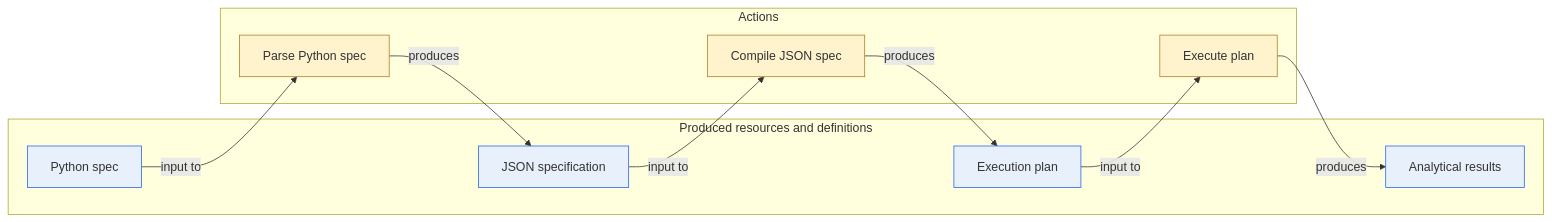
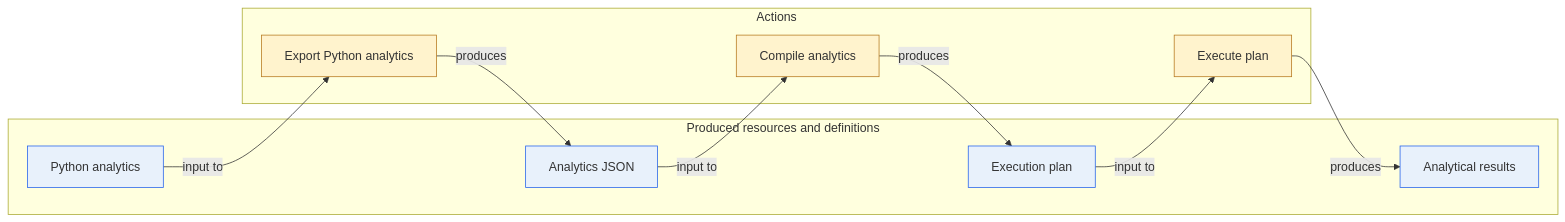
One commit to uptimely-ai/uptimely-core changed the diagram in docs/overview/architecture.md. Above: the diagram before and after it, drawn with Mermaid. The commit also changed other lines of this file and 106 other files, not shown here.

Commit message:
Rename specification to analytics

````diff
--- a/docs/overview/architecture.md
+++ b/docs/overview/architecture.md
@@ -9,28 +9,28 @@
 ```mermaid
 flowchart LR
     subgraph resources["Produced resources and definitions"]
-        python_spec["Python spec"]
-        json_spec["JSON specification"]
+        python_analytics["Python analytics"]
+        json_analytics["Analytics JSON"]
         plan["Execution plan"]
         result["Analytical results"]
     end
 
     subgraph actions["Actions"]
-        parse["Parse Python spec"]
-        compile["Compile JSON spec"]
+        parse["Export Python analytics"]
+        compile["Compile analytics"]
         execute["Execute plan"]
     end
 
-    python_spec -->|input to| parse
-    parse -->|produces| json_spec
-    json_spec -->|input to| compile
+    python_analytics -->|input to| parse
+    parse -->|produces| json_analytics
+    json_analytics -->|input to| compile
     compile -->|produces| plan
     plan -->|input to| execute
     execute -->|produces| result
 
     classDef resource fill:#e8f1fb,stroke:#2563eb,stroke-width:1px
     classDef action fill:#fff3cd,stroke:#b7791f,stroke-width:1px
 
-    class python_spec,json_spec,plan,result resource
+    class python_analytics,json_analytics,plan,result resource
     class parse,compile,execute action
 ```
````
